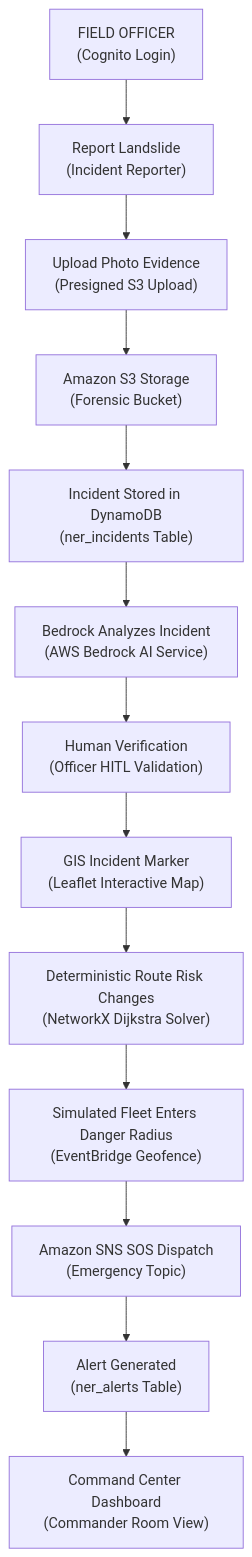
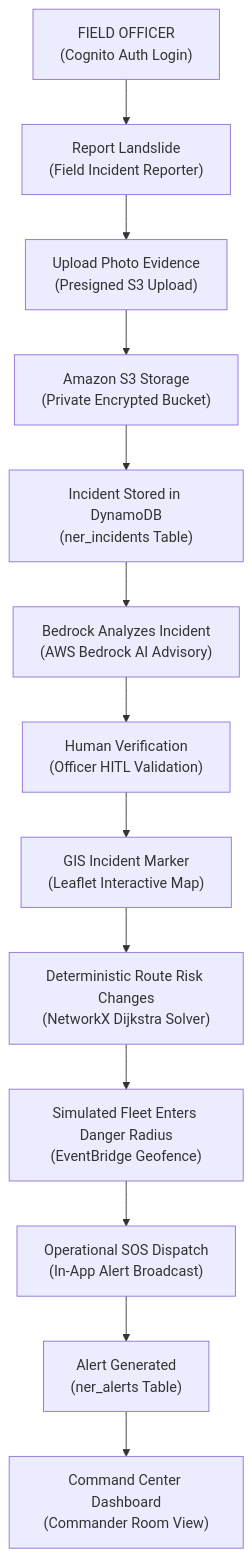
Before and after one commit to Hritik983567-Art/NERIS---NorthEast-Logistics-Intelligence: the diagram in DEMO_SCRIPT.md, drawn with Mermaid. The commit also changed other lines of this file and 1 other file, not shown here.

Commit message:
docs: reconcile Bedrock model names, proximity thresholds (25km), and deployment URL claims across all markdown files

````diff
--- a/DEMO_SCRIPT.md
+++ b/DEMO_SCRIPT.md
@@ -28,15 +28,15 @@
 ```mermaid
 flowchart TD
-    A["FIELD OFFICER<br/>(Cognito Login)"] --> B["Report Landslide<br/>(Incident Reporter)"]
+    A["FIELD OFFICER<br/>(Cognito Auth Login)"] --> B["Report Landslide<br/>(Field Incident Reporter)"]
     B --> C["Upload Photo Evidence<br/>(Presigned S3 Upload)"]
-    C --> D["Amazon S3 Storage<br/>(Forensic Bucket)"]
+    C --> D["Amazon S3 Storage<br/>(Private Encrypted Bucket)"]
     D --> E["Incident Stored in DynamoDB<br/>(ner_incidents Table)"]
-    E --> F["Bedrock Analyzes Incident<br/>(AWS Bedrock AI Service)"]
+    E --> F["Bedrock Analyzes Incident<br/>(AWS Bedrock AI Advisory)"]
     F --> G["Human Verification<br/>(Officer HITL Validation)"]
     G --> H["GIS Incident Marker<br/>(Leaflet Interactive Map)"]
     H --> I["Deterministic Route Risk Changes<br/>(NetworkX Dijkstra Solver)"]
     I --> J["Simulated Fleet Enters Danger Radius<br/>(EventBridge Geofence)"]
-    J --> K["Amazon SNS SOS Dispatch<br/>(Emergency Topic)"]
+    J --> K["Operational SOS Dispatch<br/>(In-App Alert Broadcast)"]
     K --> L["Alert Generated<br/>(ner_alerts Table)"]
     L --> M["Command Center Dashboard<br/>(Commander Room View)"]
 ```
````
